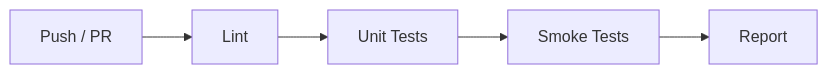
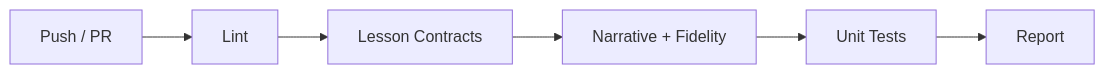
The diagram in docs/developer/testing.md (skygazer42/DL-Hub), drawn with Mermaid before and after one commit. The commit also changed other lines of this file and 5811 other files, not shown here.

````diff
--- a/docs/developer/testing.md
+++ b/docs/developer/testing.md
@@ -133,7 +126,8 @@
 ```mermaid
 graph LR
     A[Push / PR] --> B[Lint]
-    B --> C[Unit Tests]
-    C --> D[Smoke Tests]
-    D --> E[Report]
+    B --> C[Lesson Contracts]
+    C --> D[Narrative + Fidelity]
+    D --> E[Unit Tests]
+    E --> F[Report]
 ```
````
